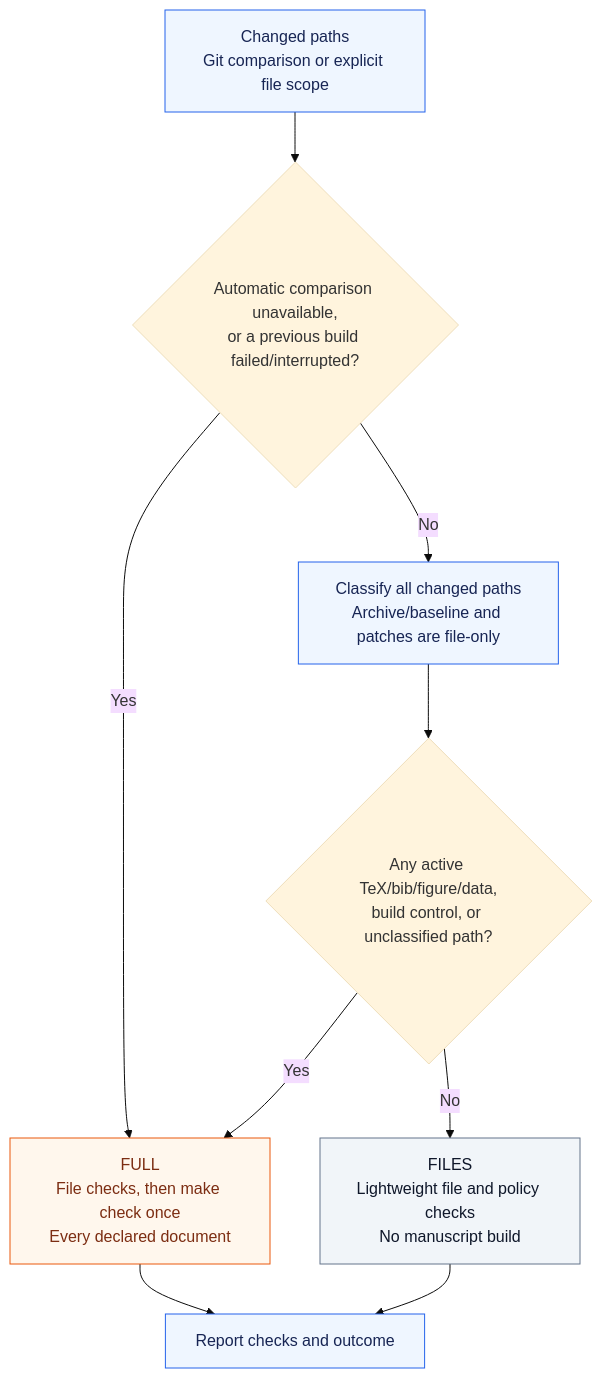
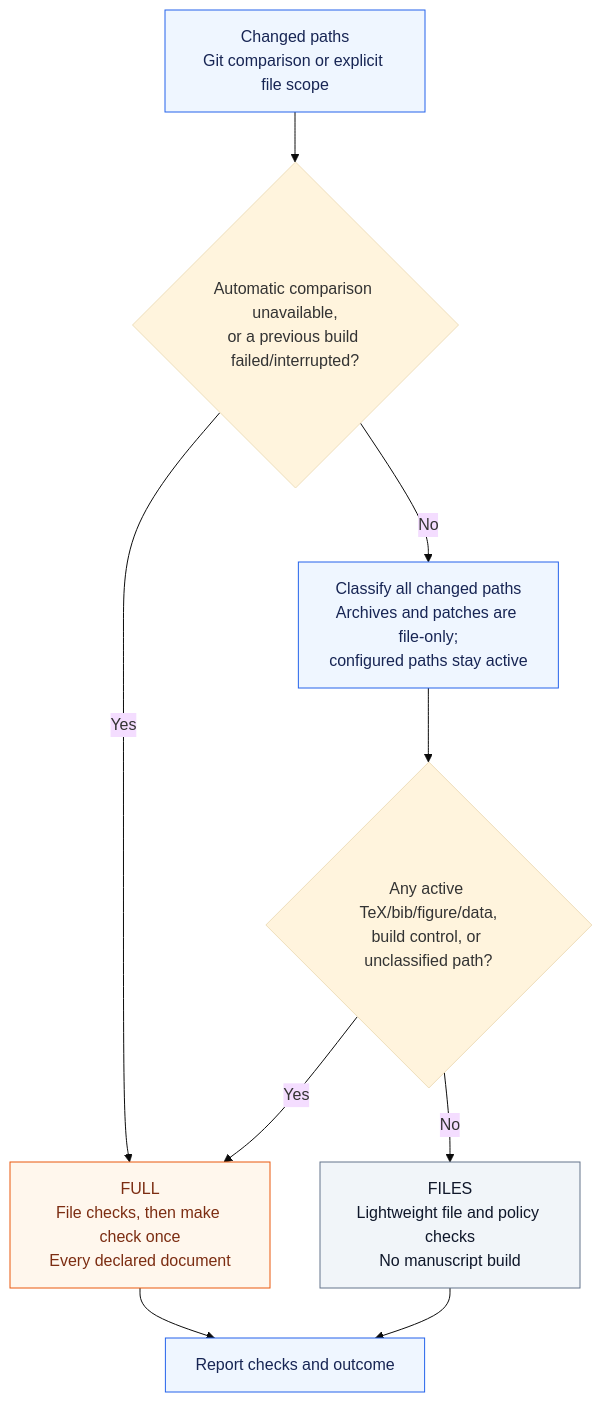
Before and after one commit to milanmradonjic/latex-ai-workbench: the third of 3 diagrams in workbench/docs/workflow.md, drawn with Mermaid (base theme). The commit also changed other lines of this file and 18 other files, not shown here.

````diff
--- a/workbench/docs/workflow.md
+++ b/workbench/docs/workflow.md
@@ -63,17 +63,17 @@
 ```mermaid
 flowchart TD
     scope["Changed paths<br/>Git comparison or explicit file scope"] --> recovery{"Automatic comparison unavailable,<br/>or a previous build failed/interrupted?"}
     recovery -->|Yes| full["FULL<br/>File checks, then make check once<br/>Every declared document"]
-    recovery -->|No| classify["Classify all changed paths<br/>Archive/baseline and patches are file-only"]
+    recovery -->|No| classify["Classify all changed paths<br/>Archives and patches are file-only;<br/>configured paths stay active"]
     classify --> trigger{"Any active TeX/bib/figure/data,<br/>build control, or unclassified path?"}
     trigger -->|Yes| full
     trigger -->|No| files["FILES<br/>Lightweight file and policy checks<br/>No manuscript build"]
     files --> result["Report checks and outcome"]
     full --> result
     classDef command fill:#eff6ff,stroke:#2563eb,color:#172554
     classDef light fill:#f1f5f9,stroke:#64748b,color:#0f172a
     classDef complete fill:#fff7ed,stroke:#ea580c,color:#7c2d12
     class scope,classify,result command
     class files light
     class full complete
 ```
````
